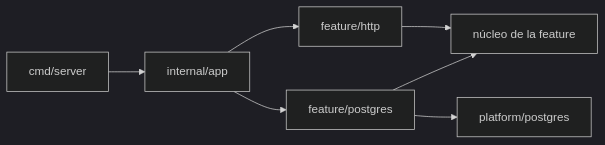
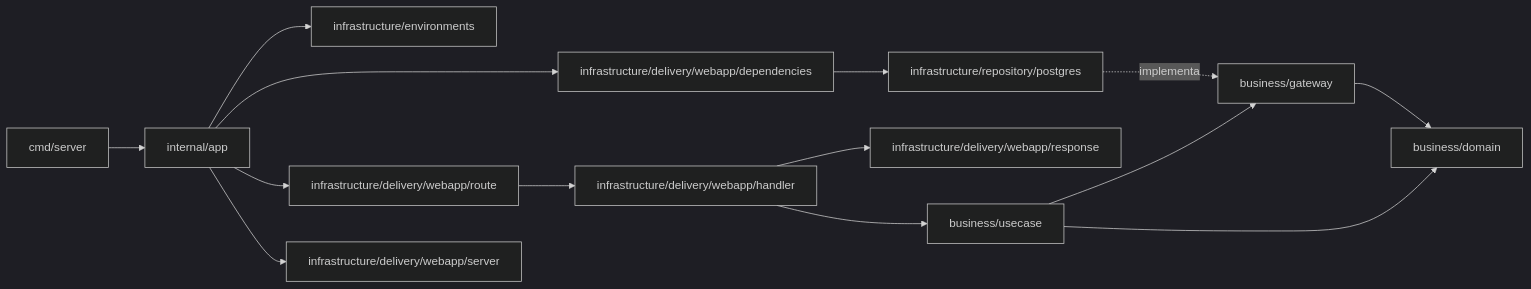
One commit to LoteoApp/LoteosAPP changed the second of 2 diagrams in docs/architecture.md. Above: the diagram before and after it, drawn with Mermaid (dark theme). The commit also changed other lines of this file and 18 other files, not shown here.

````diff
--- a/docs/architecture.md
+++ b/docs/architecture.md
@@ -91,9 +116,16 @@
 ```mermaid
 flowchart LR
     main["cmd/server"] --> app["internal/app"]
-    app --> http["feature/http"]
-    app --> postgres["feature/postgres"]
-    http --> core["núcleo de la feature"]
-    postgres --> core
-    postgres --> platform["platform/postgres"]
+    app --> environments["infrastructure/environments"]
+    app --> deps["infrastructure/delivery/webapp/dependencies"]
+    app --> route["infrastructure/delivery/webapp/route"]
+    app --> server["infrastructure/delivery/webapp/server"]
+    deps --> repo["infrastructure/repository/postgres"]
+    route --> handler["infrastructure/delivery/webapp/handler"]
+    handler --> response["infrastructure/delivery/webapp/response"]
+    handler --> usecase["business/usecase"]
+    repo -.implementa.-> gateway["business/gateway"]
+    usecase --> gateway
+    usecase --> domain["business/domain"]
+    gateway --> domain
 ```
````
